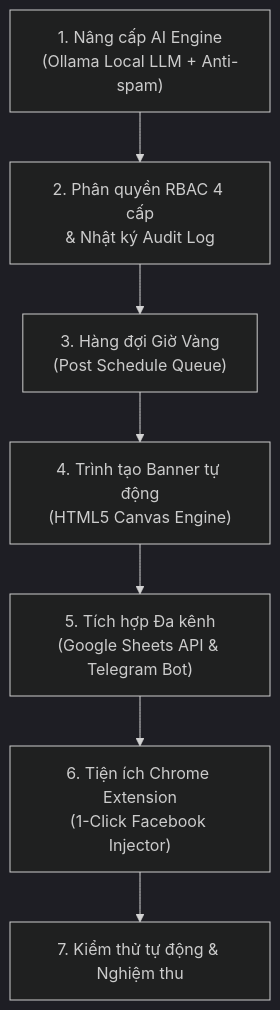
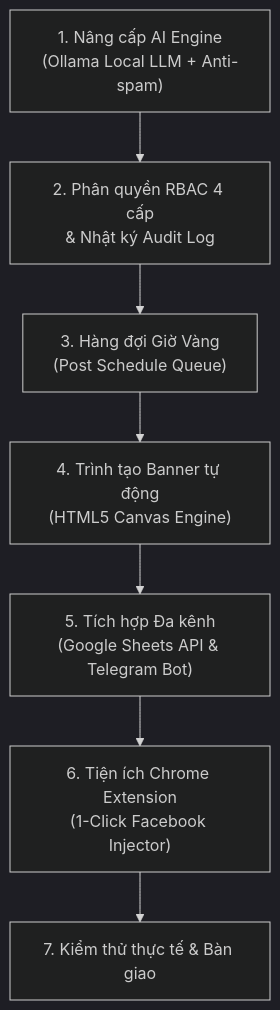
The second of 9 diagrams in docs/Báo cáo tiến độ thực tập lần 2 - Ngô Công Thành.md (thanh063456/luaga), drawn with Mermaid (dark theme) before and after one commit. The commit also changed other lines of this file and 1 other file, not shown here.

````diff
--- a/docs/Báo cáo tiến độ thực tập lần 2 - Ngô Công Thành.md
+++ b/docs/Báo cáo tiến độ thực tập lần 2 - Ngô Công Thành.md
@@ -88,9 +88,9 @@
 ```mermaid
 graph TD
     A["1. Nâng cấp AI Engine<br/>(Ollama Local LLM + Anti-spam)"] --> B["2. Phân quyền RBAC 4 cấp<br/>& Nhật ký Audit Log"]
     B --> C["3. Hàng đợi Giờ Vàng<br/>(Post Schedule Queue)"]
     C --> D["4. Trình tạo Banner tự động<br/>(HTML5 Canvas Engine)"]
     D --> E["5. Tích hợp Đa kênh<br/>(Google Sheets API & Telegram Bot)"]
     E --> F["6. Tiện ích Chrome Extension<br/>(1-Click Facebook Injector)"]
-    F --> G["7. Kiểm thử tự động & Nghiệm thu"]
+    F --> G["7. Kiểm thử thực tế & Bàn giao"]
 ```
````
